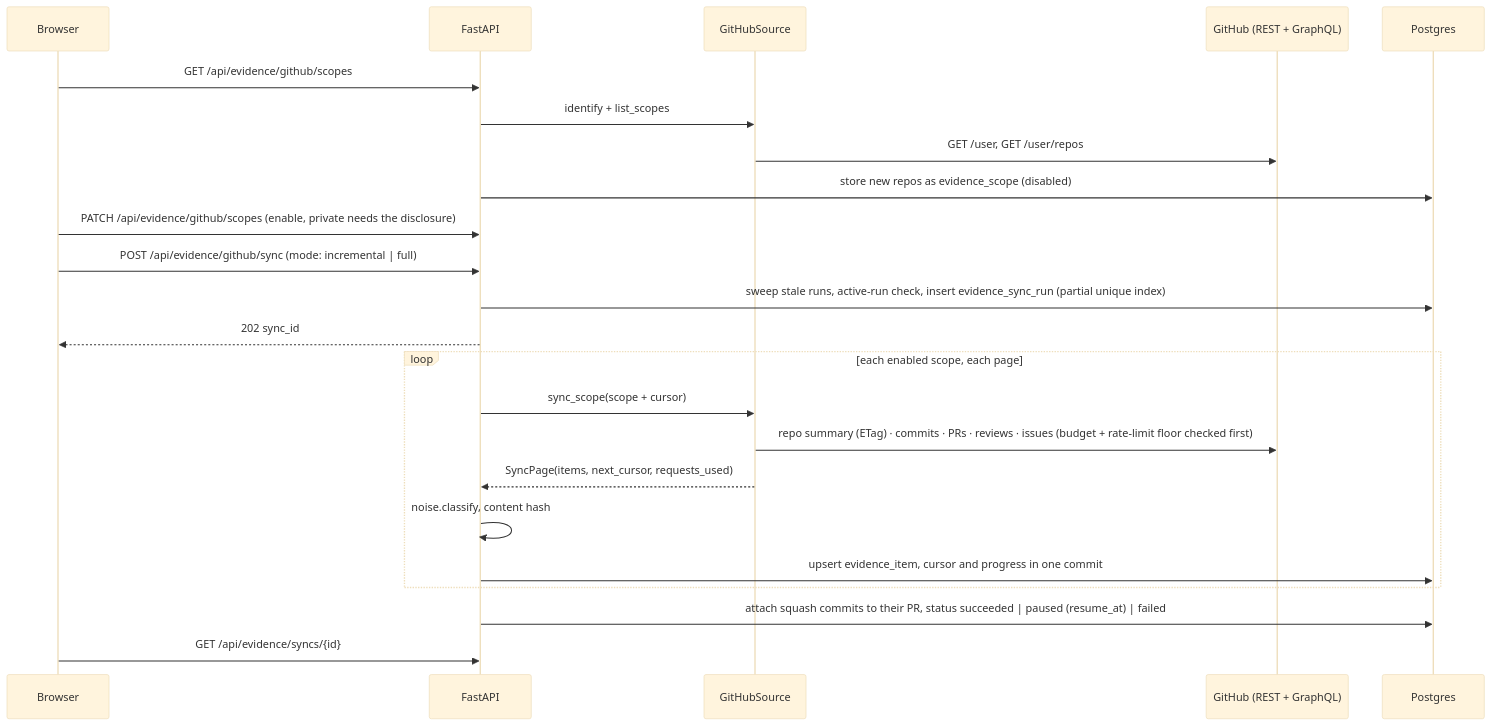
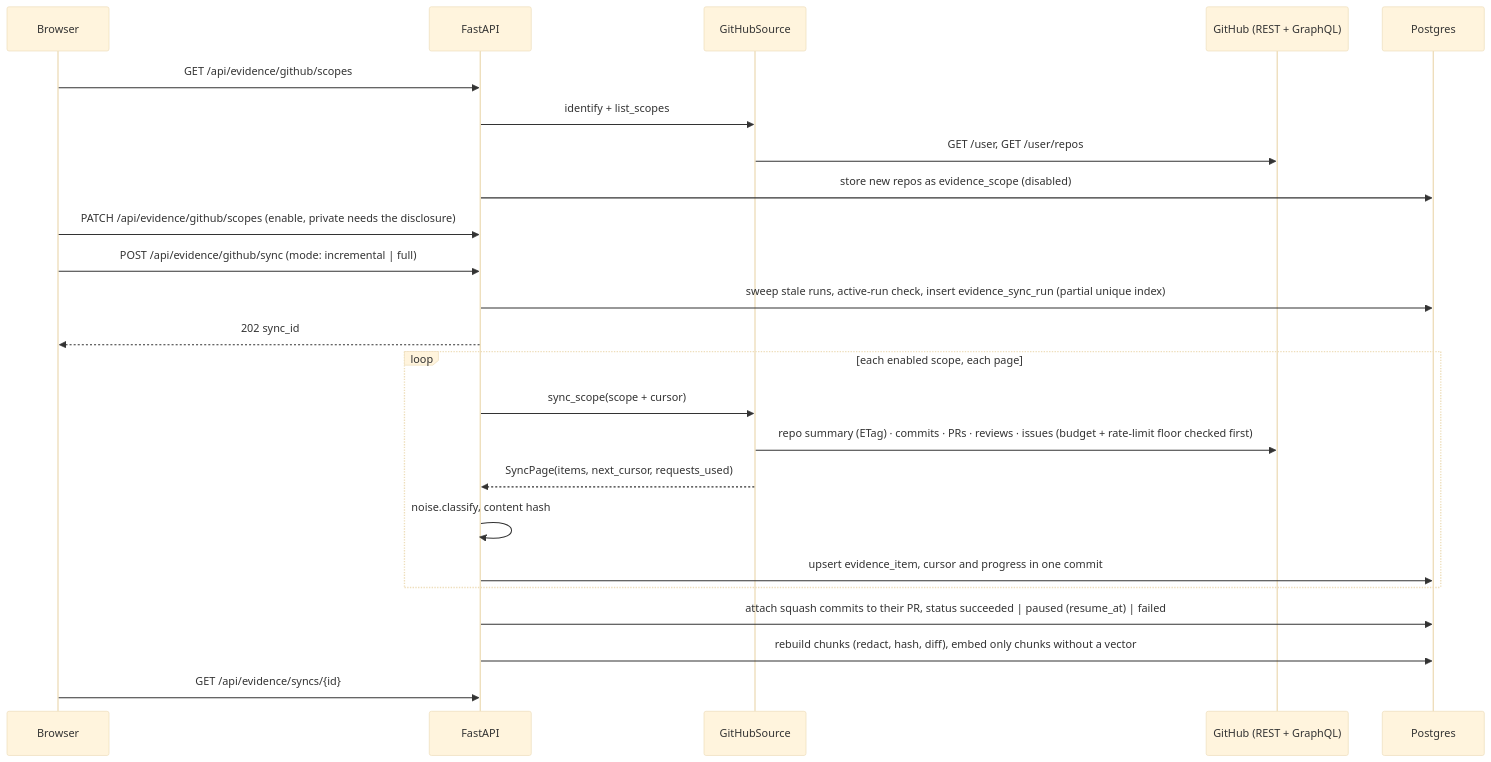
The fourth of 5 diagrams in docs/architecture.md (MSVhora/ai_job_assistant), drawn with Mermaid (base theme) before and after one commit. The commit also changed other lines of this file and 20 other files, not shown here.

````diff
--- a/docs/architecture.md
+++ b/docs/architecture.md
@@ -149,26 +149,27 @@
 ```mermaid
 sequenceDiagram
     participant B as Browser
     participant A as FastAPI
     participant S as GitHubSource
     participant H as GitHub (REST + GraphQL)
     participant D as Postgres
 
     B->>A: GET /api/evidence/github/scopes
     A->>S: identify + list_scopes
     S->>H: GET /user, GET /user/repos
     A->>D: store new repos as evidence_scope (disabled)
     B->>A: PATCH /api/evidence/github/scopes (enable, private needs the disclosure)
     B->>A: POST /api/evidence/github/sync (mode: incremental | full)
     A->>D: sweep stale runs, active-run check, insert evidence_sync_run (partial unique index)
     A-->>B: 202 sync_id
     loop each enabled scope, each page
         A->>S: sync_scope(scope + cursor)
         S->>H: repo summary (ETag) · commits · PRs · reviews · issues (budget + rate-limit floor checked first)
         S-->>A: SyncPage(items, next_cursor, requests_used)
         A->>A: noise.classify, content hash
         A->>D: upsert evidence_item, cursor and progress in one commit
     end
     A->>D: attach squash commits to their PR, status succeeded | paused (resume_at) | failed
+    A->>D: rebuild chunks (redact, hash, diff), embed only chunks without a vector
     B->>A: GET /api/evidence/syncs/{id}
 ```
````
